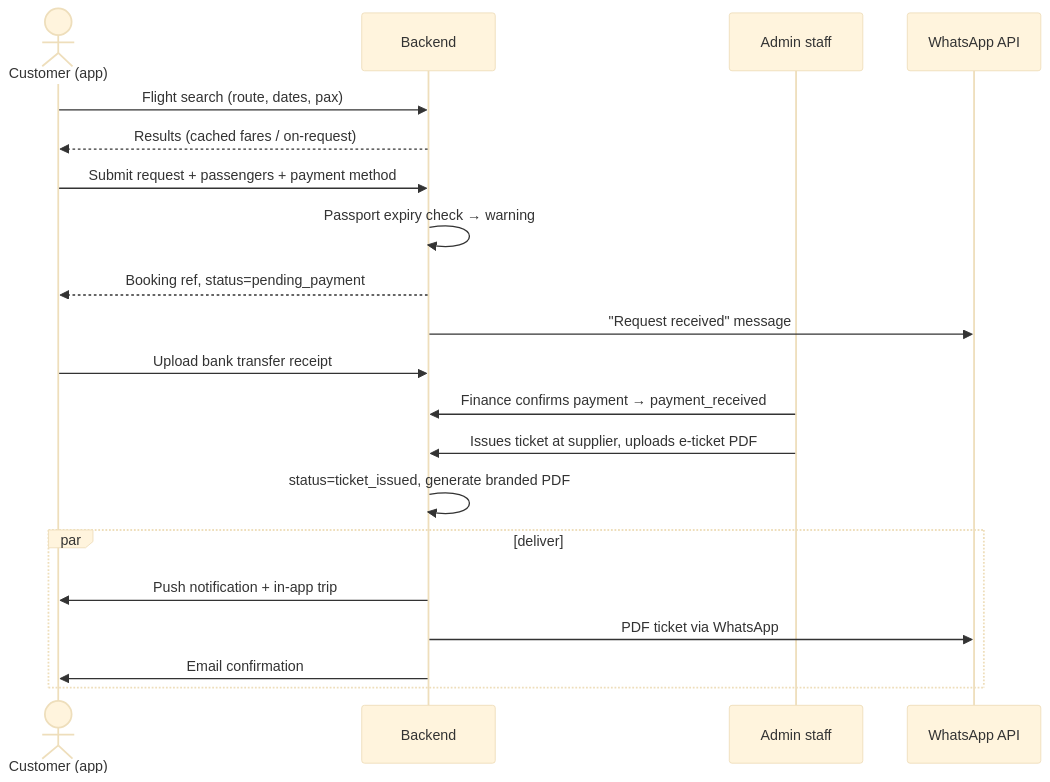
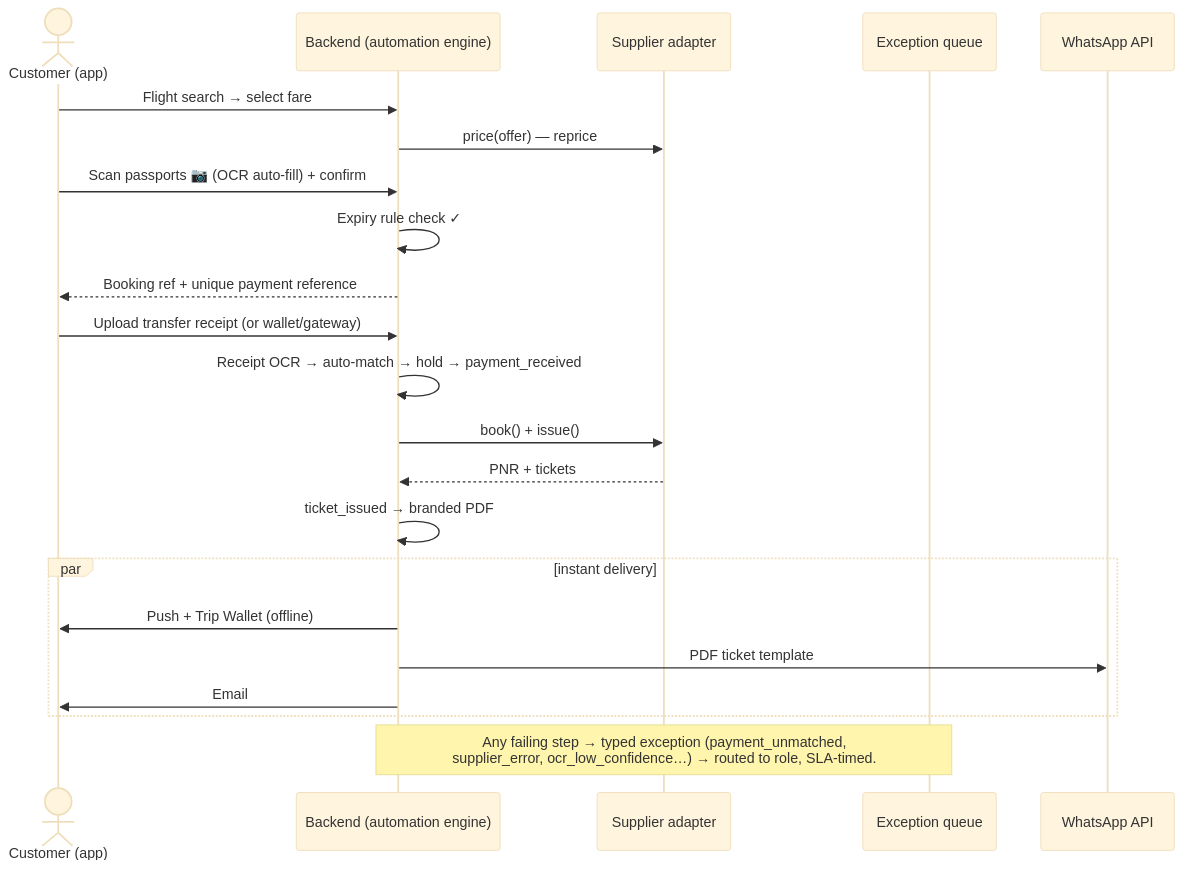
The third of 3 diagrams in docs/04-architecture.md (basherof/oil11111), drawn with Mermaid (base theme) before and after one commit. The commit also changed other lines of this file and 13 other files, not shown here.

````diff
--- a/docs/04-architecture.md
+++ b/docs/04-architecture.md
@@ -113,23 +122,25 @@
 ```mermaid
 sequenceDiagram
     actor C as Customer (app)
-    participant API as Backend
-    participant A as Admin staff
+    participant API as Backend (automation engine)
+    participant SUP as Supplier adapter
+    participant EX as Exception queue
     participant WA as WhatsApp API
 
-    C->>API: Flight search (route, dates, pax)
-    API-->>C: Results (cached fares / on-request)
-    C->>API: Submit request + passengers + payment method
-    API->>API: Passport expiry check → warning
-    API-->>C: Booking ref, status=pending_payment
-    API->>WA: "Request received" message
-    C->>API: Upload bank transfer receipt
-    A->>API: Finance confirms payment → payment_received
-    A->>API: Issues ticket at supplier, uploads e-ticket PDF
-    API->>API: status=ticket_issued, generate branded PDF
-    par deliver
-        API->>C: Push notification + in-app trip
-        API->>WA: PDF ticket via WhatsApp
-        API->>C: Email confirmation
+    C->>API: Flight search → select fare
+    API->>SUP: price(offer) — reprice
+    C->>API: Scan passports 📷 (OCR auto-fill) + confirm
+    API->>API: Expiry rule check ✓
+    API-->>C: Booking ref + unique payment reference
+    C->>API: Upload transfer receipt (or wallet/gateway)
+    API->>API: Receipt OCR → auto-match → hold → payment_received
+    API->>SUP: book() + issue()
+    SUP-->>API: PNR + tickets
+    API->>API: ticket_issued → branded PDF
+    par instant delivery
+        API->>C: Push + Trip Wallet (offline)
+        API->>WA: PDF ticket template
+        API->>C: Email
     end
+    Note over API,EX: Any failing step → typed exception (payment_unmatched,<br/>supplier_error, ocr_low_confidence…) → routed to role, SLA-timed.
 ```
````
